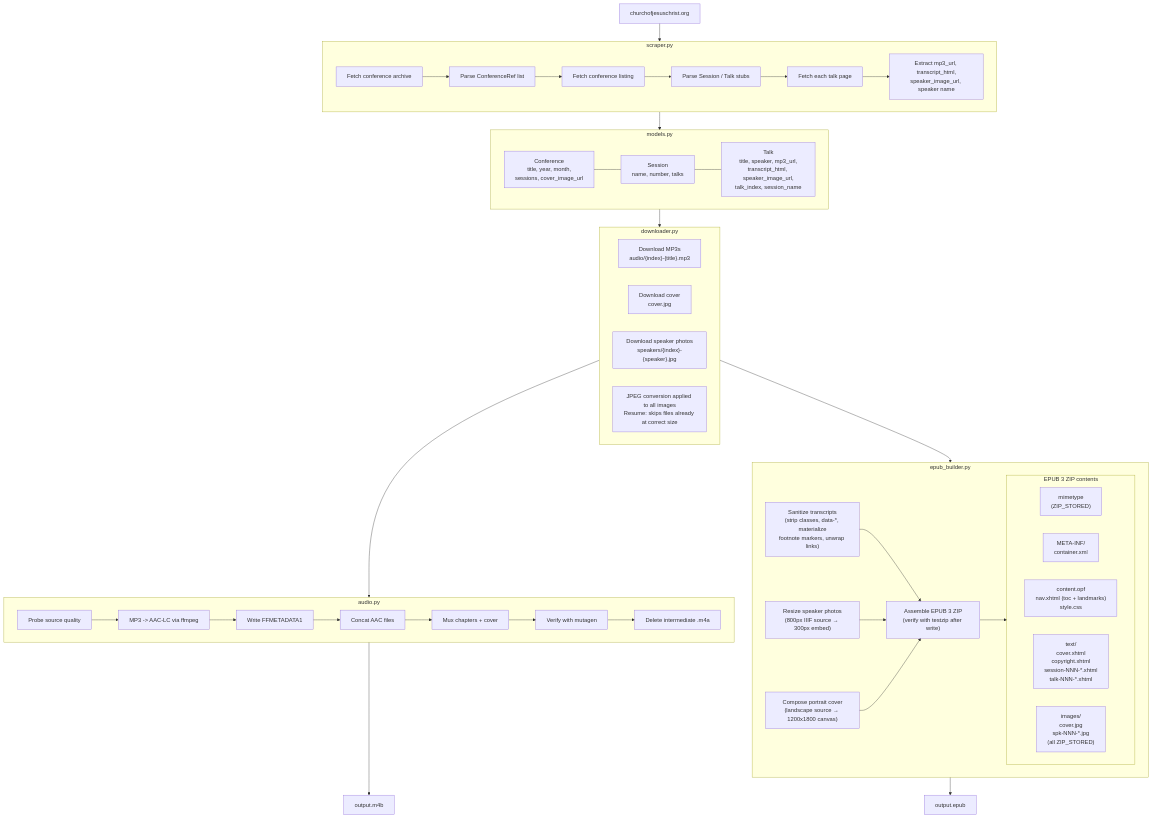
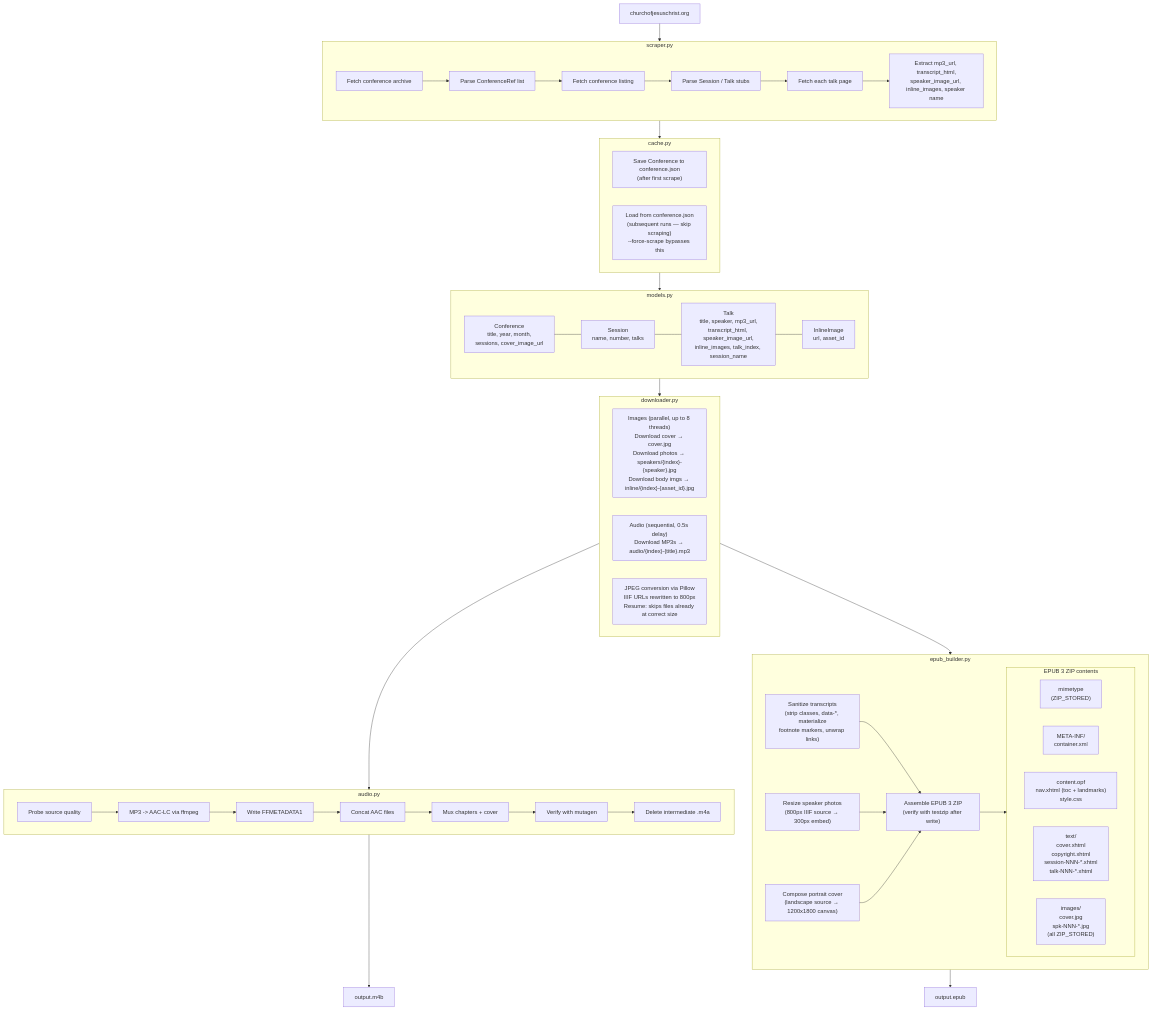
The diagram in docs/scraper-pipeline.md (XeroIP/gencon-audiobook), drawn with Mermaid before and after one commit. The commit also changed 3 other files, not shown here.

````diff
--- a/docs/scraper-pipeline.md
+++ b/docs/scraper-pipeline.md
@@ -3,71 +3,78 @@
 ```mermaid
 flowchart TD
     SOURCE["churchofjesuschrist.org"]
 
     SOURCE --> SCRAPER
 
     subgraph SCRAPER["scraper.py"]
         S1["Fetch conference archive"]
         S2["Parse ConferenceRef list"]
         S3["Fetch conference listing"]
         S4["Parse Session / Talk stubs"]
         S5["Fetch each talk page"]
-        S6["Extract mp3_url, transcript_html,\nspeaker_image_url, speaker name"]
+        S6["Extract mp3_url, transcript_html,\nspeaker_image_url, inline_images, speaker name"]
         S1 --> S2 --> S3 --> S4 --> S5 --> S6
     end
 
-    SCRAPER --> MODELS
+    SCRAPER --> CACHE
+
+    subgraph CACHE["cache.py"]
+        C1["Save Conference to conference.json\n(after first scrape)"]
+        C2["Load from conference.json\n(subsequent runs — skip scraping)\n--force-scrape bypasses this"]
+    end
+
+    CACHE --> MODELS
 
     subgraph MODELS["models.py"]
         direction LR
         M1["Conference\ntitle, year, month,\nsessions, cover_image_url"]
         M2["Session\nname, number, talks"]
-        M3["Talk\ntitle, speaker, mp3_url,\ntranscript_html, speaker_image_url,\ntalk_index, session_name"]
-        M1 --- M2 --- M3
+        M3["Talk\ntitle, speaker, mp3_url,\ntranscript_html, speaker_image_url,\ninline_images, talk_index, session_name"]
+        M4["InlineImage\nurl, asset_id"]
+        M1 --- M2 --- M3 --- M4
     end
 
     MODELS --> DOWNLOADER
 
     subgraph DOWNLOADER["downloader.py"]
-        D1["Download MP3s\naudio/{index}-{title}.mp3"]
-        D2["Download cover\ncover.jpg"]
-        D3["Download speaker photos\nspeakers/{index}-{speaker}.jpg"]
-        D4["JPEG conversion applied to all images\nResume: skips files already at correct size"]
+        D1["Images (parallel, up to 8 threads)\nDownload cover → cover.jpg\nDownload photos → speakers/{index}-{speaker}.jpg\nDownload body imgs → inline/{index}-{asset_id}.jpg"]
+        D2["Audio (sequential, 0.5s delay)\nDownload MP3s → audio/{index}-{title}.mp3"]
+        D3["JPEG conversion via Pillow\nIIIF URLs rewritten to 800px\nResume: skips files already at correct size"]
     end
 
     DOWNLOADER --> AUDIO
     DOWNLOADER --> EPUB
 
     subgraph AUDIO["audio.py"]
         A1["Probe source quality"]
         A2["MP3 -> AAC-LC via ffmpeg"]
         A3["Write FFMETADATA1"]
         A4["Concat AAC files"]
         A5["Mux chapters + cover"]
         A6["Verify with mutagen"]
         A7["Delete intermediate .m4a"]
         A1 --> A2 --> A3 --> A4 --> A5 --> A6 --> A7
     end
 
     subgraph EPUB["epub_builder.py"]
         E1["Sanitize transcripts\n(strip classes, data-*, materialize\nfootnote markers, unwrap links)"]
         E2["Resize speaker photos\n(800px IIIF source → 300px embed)"]
         E3["Compose portrait cover\n(landscape source → 1200x1800 canvas)"]
         E4["Assemble EPUB 3 ZIP\n(verify with testzip after write)"]
         E1 --> E4
         E2 --> E4
         E3 --> E4
         subgraph ZIP["EPUB 3 ZIP contents"]
             direction LR
             Z1["mimetype\n(ZIP_STORED)"]
             Z2["META-INF/\ncontainer.xml"]
             Z3["content.opf\nnav.xhtml (toc + landmarks)\nstyle.css"]
             Z4["text/\ncover.xhtml\ncopyright.xhtml\nsession-NNN-*.xhtml\ntalk-NNN-*.xhtml"]
             Z5["images/\ncover.jpg\nspk-NNN-*.jpg\n(all ZIP_STORED)"]
         end
         E4 --> ZIP
     end
 
     AUDIO --> M4B["output.m4b"]
     EPUB --> EPUBOUT["output.epub"]
 ```
````
